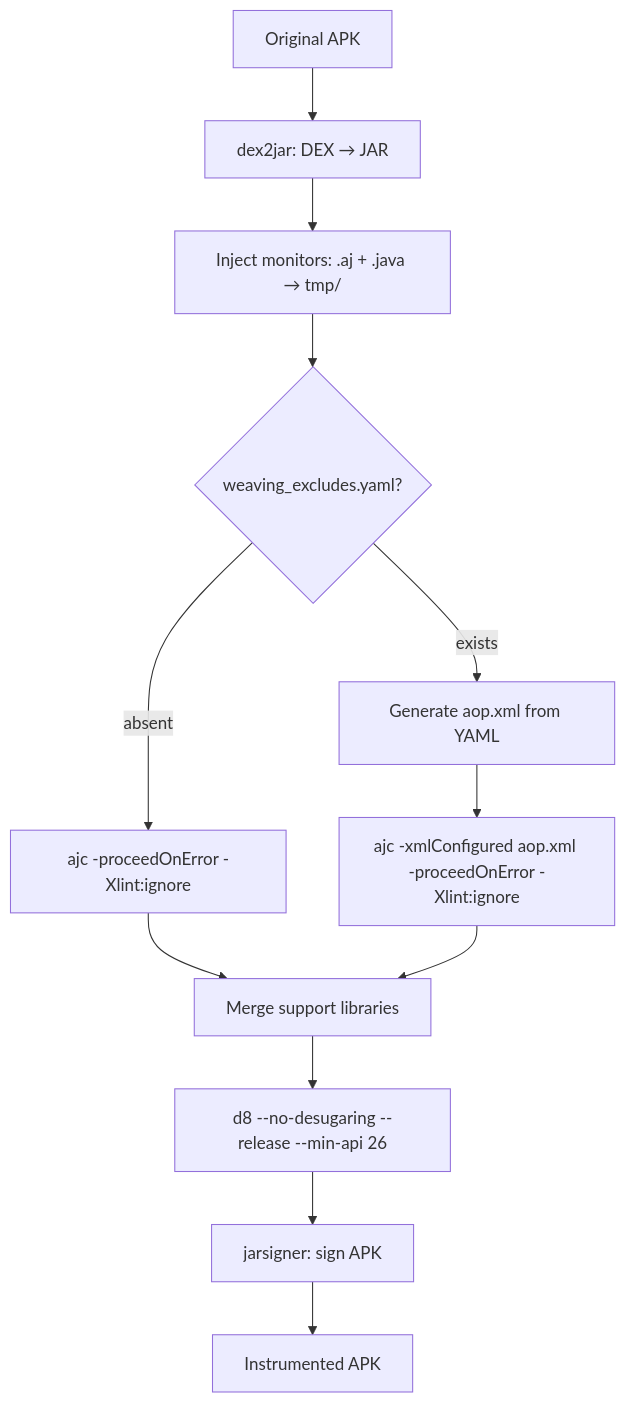
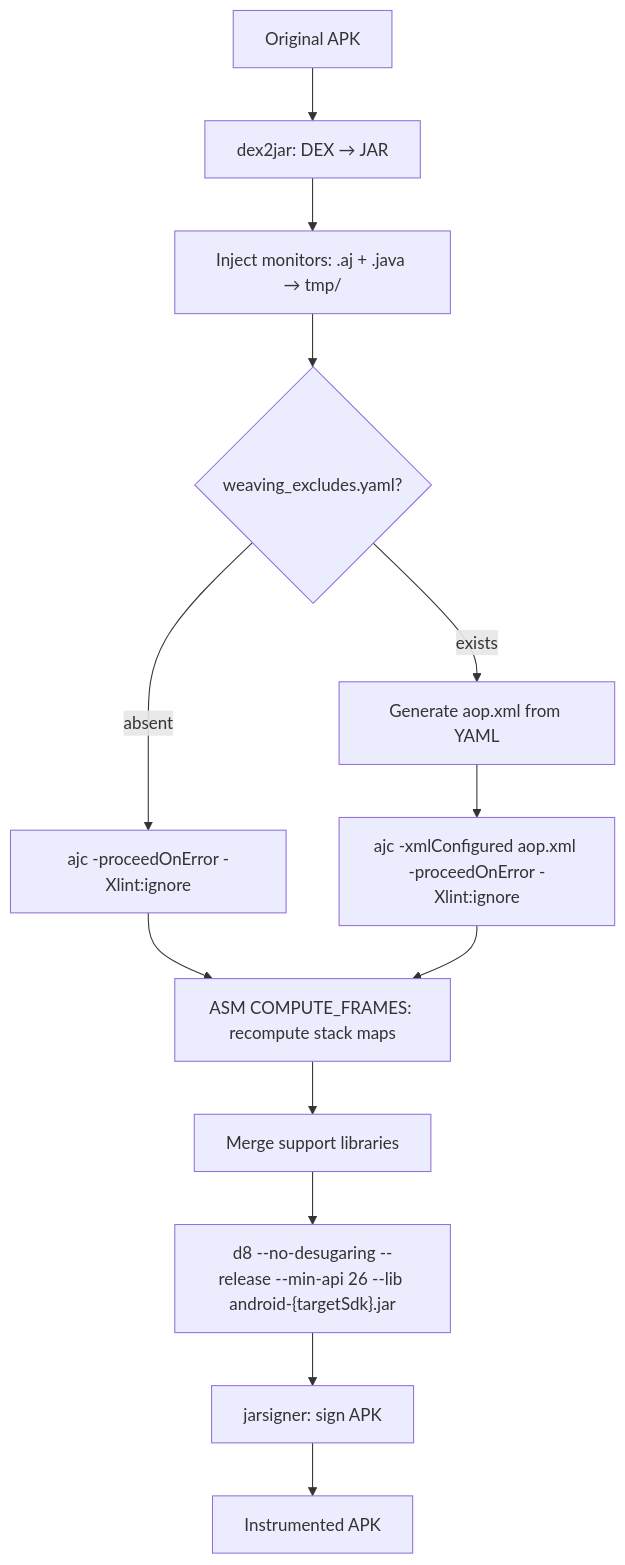
The diagram in rv-android/openspec/changes/gh50-improve-instrumentation/specs/instrumentation/spec.md (PAMunb/rvsec), drawn with Mermaid before and after one commit. The commit also changed other lines of this file and 3 other files, not shown here.

First line of the commit message:
docs(gh50): expand scope with COMPUTE_FRAMES, dynamic android.jar, AspectJ upgrade

````diff
--- a/rv-android/openspec/changes/gh50-improve-instrumentation/specs/instrumentation/spec.md
+++ b/rv-android/openspec/changes/gh50-improve-instrumentation/specs/instrumentation/spec.md
@@ -21,14 +25,15 @@
 ```mermaid
 flowchart TD
     APK[Original APK] --> DEX2JAR[dex2jar: DEX → JAR]
     DEX2JAR --> INJECT[Inject monitors: .aj + .java → tmp/]
     INJECT --> YAML{weaving_excludes.yaml?}
     YAML -->|exists| GEN[Generate aop.xml from YAML]
     YAML -->|absent| AJC_PLAIN[ajc -proceedOnError -Xlint:ignore]
     GEN --> AJC_XML[ajc -xmlConfigured aop.xml -proceedOnError -Xlint:ignore]
-    AJC_PLAIN --> MERGE[Merge support libraries]
-    AJC_XML --> MERGE
-    MERGE --> D8[d8 --no-desugaring --release --min-api 26]
+    AJC_PLAIN --> FRAMES[ASM COMPUTE_FRAMES: recompute stack maps]
+    AJC_XML --> FRAMES
+    FRAMES --> MERGE[Merge support libraries]
+    MERGE --> D8["d8 --no-desugaring --release --min-api 26 --lib android-{targetSdk}.jar"]
     D8 --> SIGN[jarsigner: sign APK]
     SIGN --> OUT[Instrumented APK]
 ```
````
